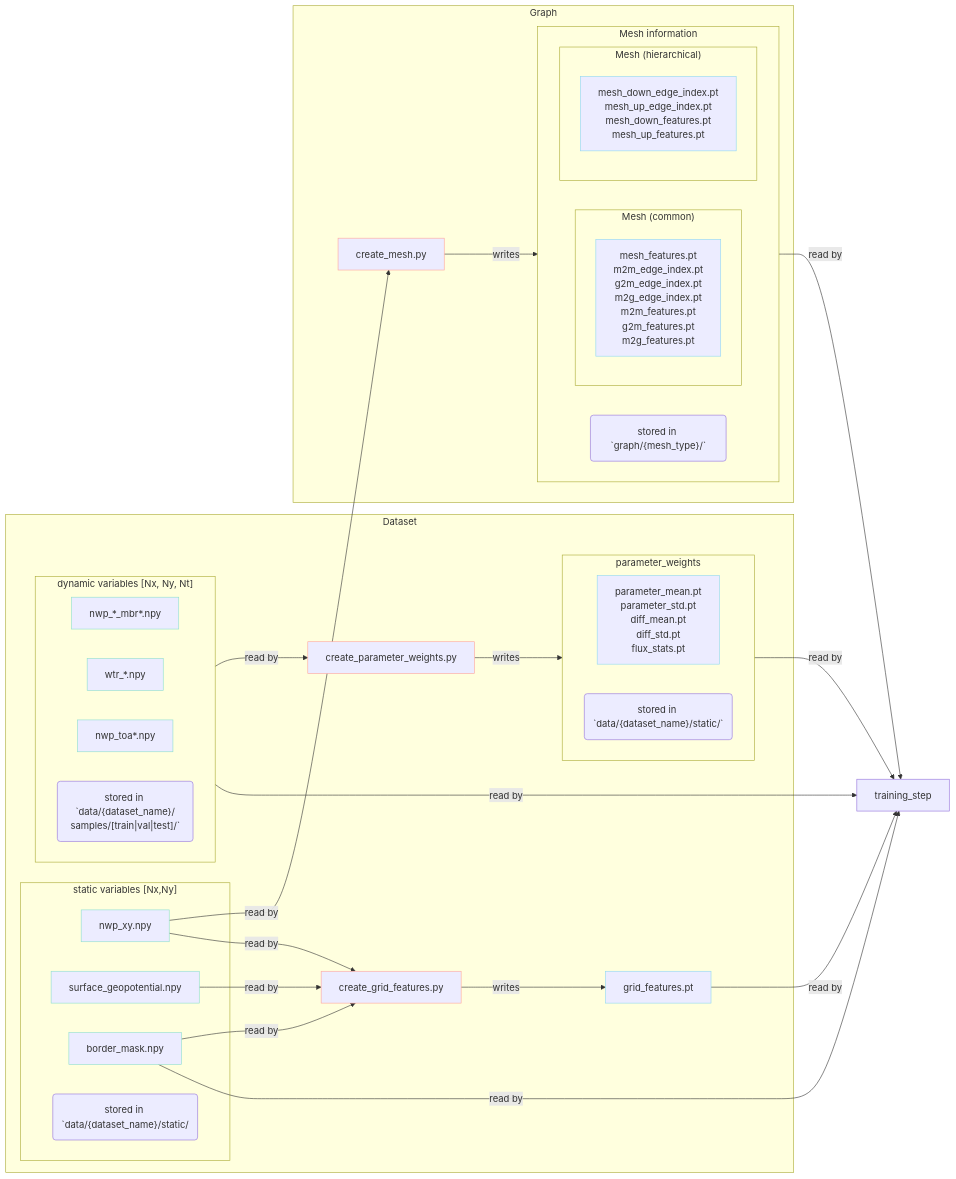
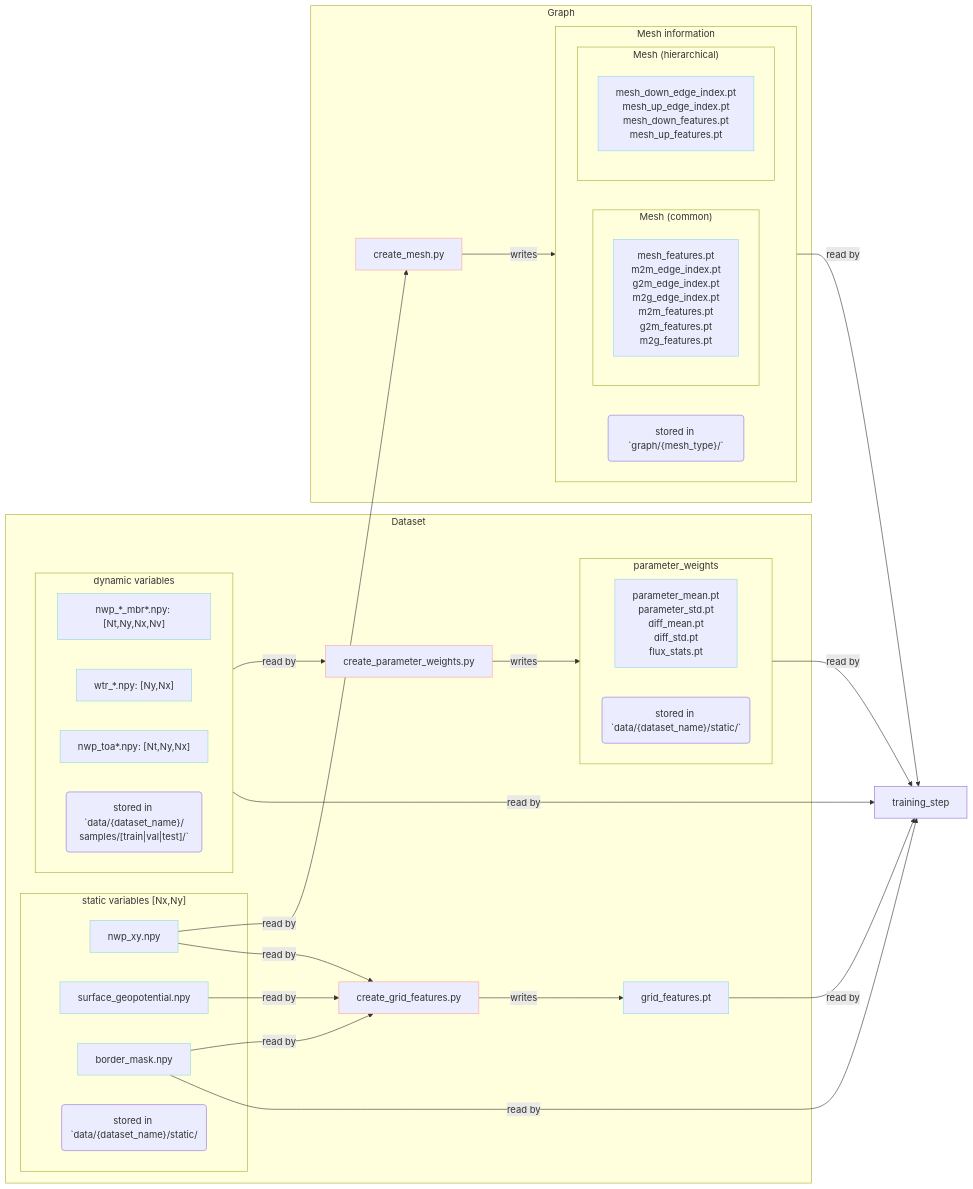
Before and after one commit to mllam/neural-lam: the diagram in README.md, drawn with Mermaid.

Commit message:
correct diagram with findings from notebook plots

````diff
--- a/README.md
+++ b/README.md
@@ -87,79 +87,79 @@
 ```mermaid
 graph LR
 
 %% styling
 classDef proc_step stroke:#ffa49b
 classDef npy_file stroke:#8cdecf
 classDef pt_file stroke:#8fd7f1
 
 %% processing steps
 create_grid_features_step["create_grid_features.py"]:::proc_step
 create_mesh_step["create_mesh.py"]:::proc_step
 create_parameter_weights_step["create_parameter_weights.py"]:::proc_step
 
 %% data-collections
 
 %% files
 source_xy_coordinates["nwp_xy.npy"]:::npy_file
 surface_geopotential["surface_geopotential.npy"]:::npy_file
 grid_features["grid_features.pt"]:::pt_file
 border_mask["border_mask.npy"]:::npy_file
-nwp_mbr_files["nwp_*_mbr*.npy"]:::npy_file
-wtr_files["wtr_*.npy"]:::npy_file
-nwp_toa_files["nwp_toa*.npy"]:::npy_file
+nwp_mbr_files["nwp_*_mbr*.npy: [Nt,Ny,Nx,Nv]"]:::npy_file
+wtr_files["wtr_*.npy: [Ny,Nx]"]:::npy_file
+nwp_toa_files["nwp_toa*.npy: [Nt,Ny,Nx]"]:::npy_file
 
 border_mask -- read by --> training_step
 grid_features -- read by --> training_step
 parameter_weights -- read by --> training_step
 mesh_information -- read by --> training_step
 dynamic_variables -- read by --> training_step
 
 subgraph Dataset
   subgraph static_variables["static variables [Nx,Ny]"]
     source_xy_coordinates
     surface_geopotential
     border_mask
     note("stored in `data/{dataset_name}/static/")
   end
   
-  subgraph dynamic_variables["dynamic variables [Nx, Ny, Nt]"]
+  subgraph dynamic_variables["dynamic variables"]
     direction LR
     nwp_mbr_files
     wtr_files
     nwp_toa_files
     note-dyn("stored in `data/{dataset_name}/\nsamples/[train|val|test]/`")
   end
   
   dynamic_variables -- read by --> create_parameter_weights_step
   create_parameter_weights_step -- writes --> parameter_weights
   
   surface_geopotential -- read by --> create_grid_features_step
   source_xy_coordinates -- read by --> create_grid_features_step
   border_mask -- read by --> create_grid_features_step
   create_grid_features_step -- writes --> grid_features
   
   subgraph parameter_weights
     direction LR
     parameter_mean.pt\nparameter_std.pt\ndiff_mean.pt\ndiff_std.pt\nflux_stats.pt:::pt_file
     note-params("stored in `data/{dataset_name}/static/`")
   end
 end
 
 subgraph Graph
   source_xy_coordinates -- read by --> create_mesh_step
   create_mesh_step -- writes --> mesh_information
   
   subgraph mesh_information["Mesh information"]
     direction LR
     subgraph mesh_common["Mesh (common)"]
         mesh_features.pt\nm2m_edge_index.pt\ng2m_edge_index.pt\nm2g_edge_index.pt\nm2m_features.pt\ng2m_features.pt\nm2g_features.pt:::pt_file
     end
       subgraph mesh_hierarchical["Mesh (hierarchical)"]
         mesh_down_edge_index.pt\nmesh_up_edge_index.pt\nmesh_down_features.pt\nmesh_up_features.pt:::pt_file
       end
     note-mesh("stored in `graph/{mesh_type}/`")
   end
 
 end
 
 ```
````
